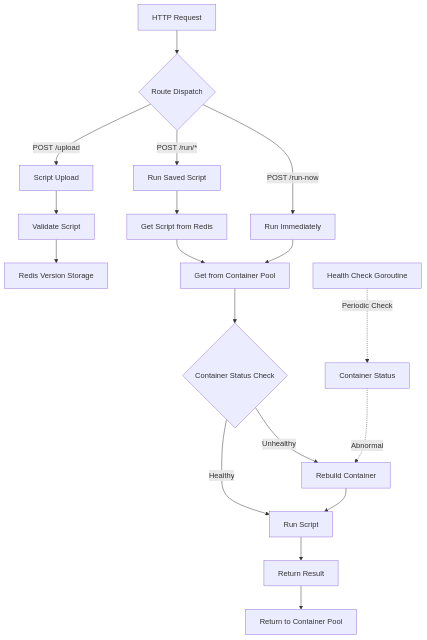
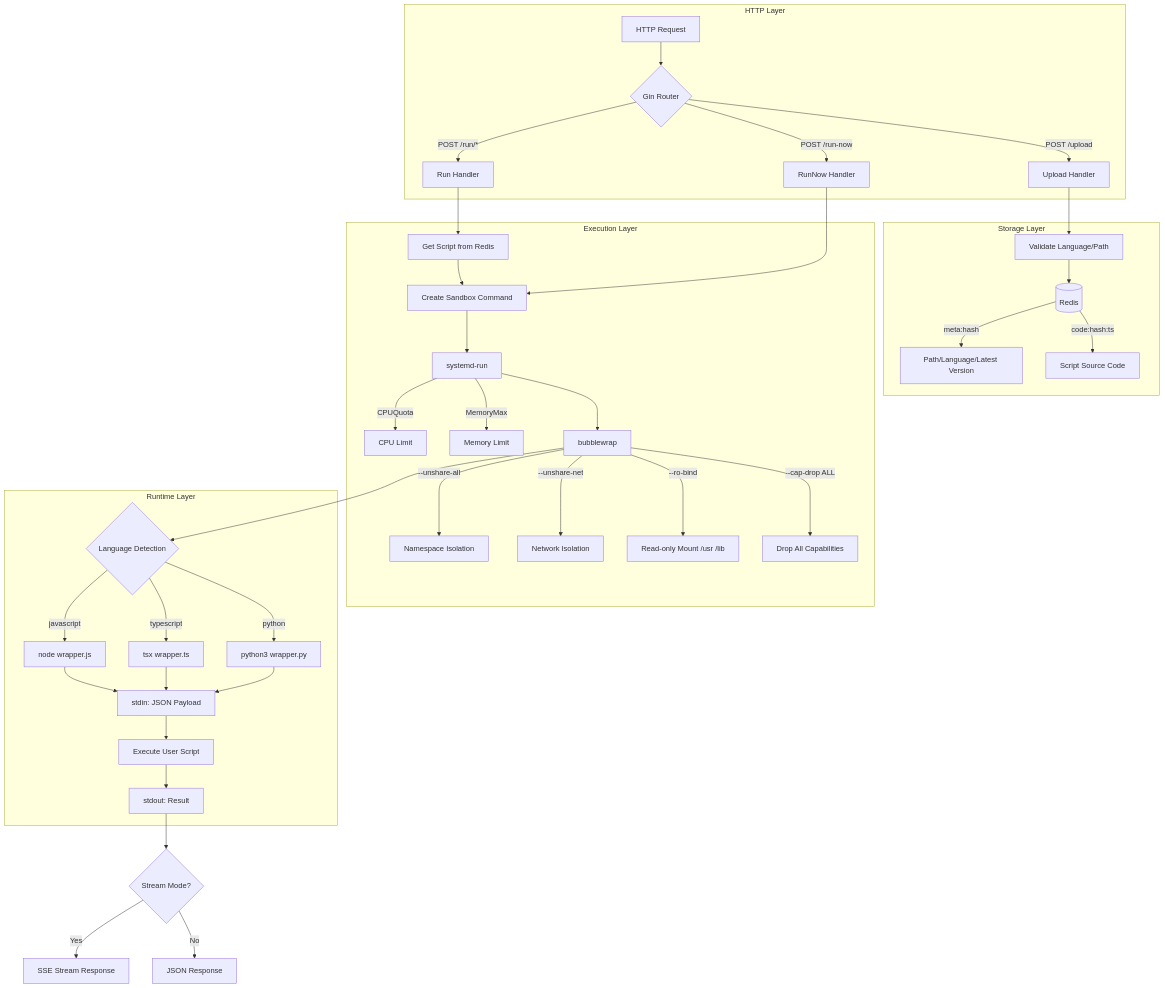
One commit to pardnchiu/go-faas changed the diagram in README.md. Above: the diagram before and after it, drawn with Mermaid. The commit also changed other lines of this file and 7 other files, not shown here.

````diff
--- a/README.md
+++ b/README.md
@@ -55,26 +37,49 @@
 ```mermaid
 flowchart TD
-  A[HTTP Request] --> B{Route Dispatch}
-  B -->|POST /upload| C[Script Upload]
-  B -->|POST /run/*| D[Run Saved Script]
-  B -->|POST /run-now| E[Run Immediately]
-  
-  C --> F[Validate Script]
-  F --> G[Redis Version Storage]
-  
-  D --> H[Get Script from Redis]
-  H --> I[Get from Container Pool]
-  
-  E --> I
-  
-  I --> J{Container Status Check}
-  J -->|Healthy| K[Run Script]
-  J -->|Unhealthy| L[Rebuild Container]
-  L --> K
-  
-  K --> M[Return Result]
-  M --> N[Return to Container Pool]
-  
-  O[Health Check Goroutine] -.->|Periodic Check| P[Container Status]
-  P -.->|Abnormal| L
+    subgraph HTTP["HTTP Layer"]
+        A[HTTP Request] --> B{Gin Router}
+        B -->|POST /upload| C[Upload Handler]
+        B -->|POST /run/*| D[Run Handler]
+        B -->|POST /run-now| E[RunNow Handler]
+    end
+
+    subgraph Storage["Storage Layer"]
+        C --> F[Validate Language/Path]
+        F --> G[(Redis)]
+        G -->|meta:hash| H[Path/Language/Latest Version]
+        G -->|code:hash:ts| I[Script Source Code]
+    end
+
+    subgraph Execution["Execution Layer"]
+        D --> J[Get Script from Redis]
+        J --> K[Create Sandbox Command]
+        E --> K
+
+        K --> L[systemd-run]
+        L -->|CPUQuota| M[CPU Limit]
+        L -->|MemoryMax| N[Memory Limit]
+
+        L --> O[bubblewrap]
+        O -->|--unshare-all| P[Namespace Isolation]
+        O -->|--unshare-net| Q[Network Isolation]
+        O -->|--ro-bind| R[Read-only Mount /usr /lib]
+        O -->|--cap-drop ALL| S[Drop All Capabilities]
+    end
+
+    subgraph Runtime["Runtime Layer"]
+        O --> T{Language Detection}
+        T -->|javascript| U[node wrapper.js]
+        T -->|typescript| V[tsx wrapper.ts]
+        T -->|python| W[python3 wrapper.py]
+
+        U --> X[stdin: JSON Payload]
+        V --> X
+        W --> X
+        X --> Y[Execute User Script]
+        Y --> Z[stdout: Result]
+    end
+
+    Z --> AA{Stream Mode?}
+    AA -->|Yes| AB[SSE Stream Response]
+    AA -->|No| AC[JSON Response]
 ```
````
